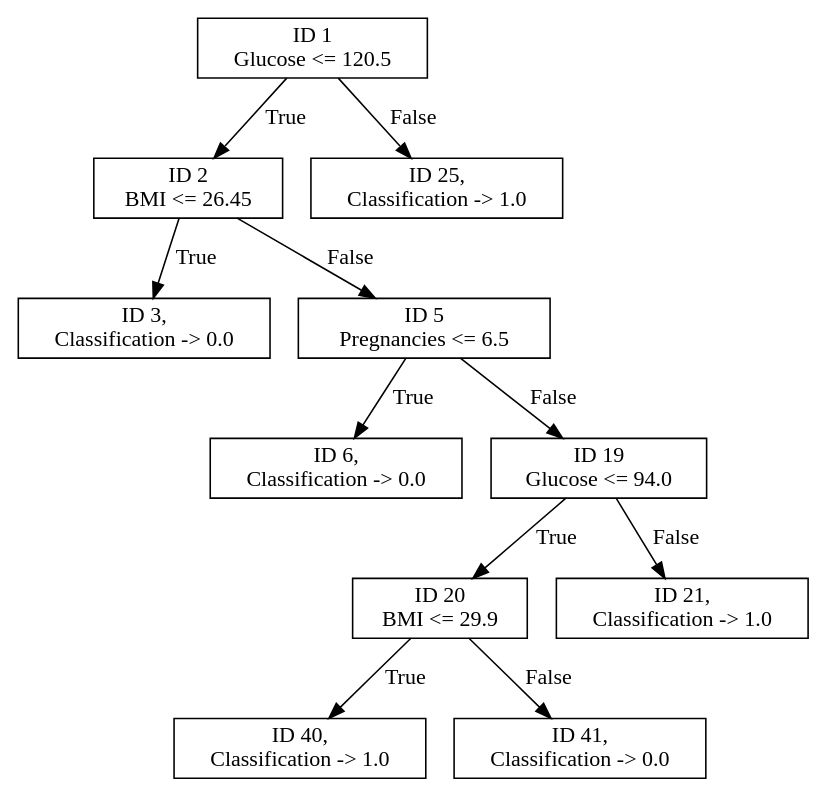
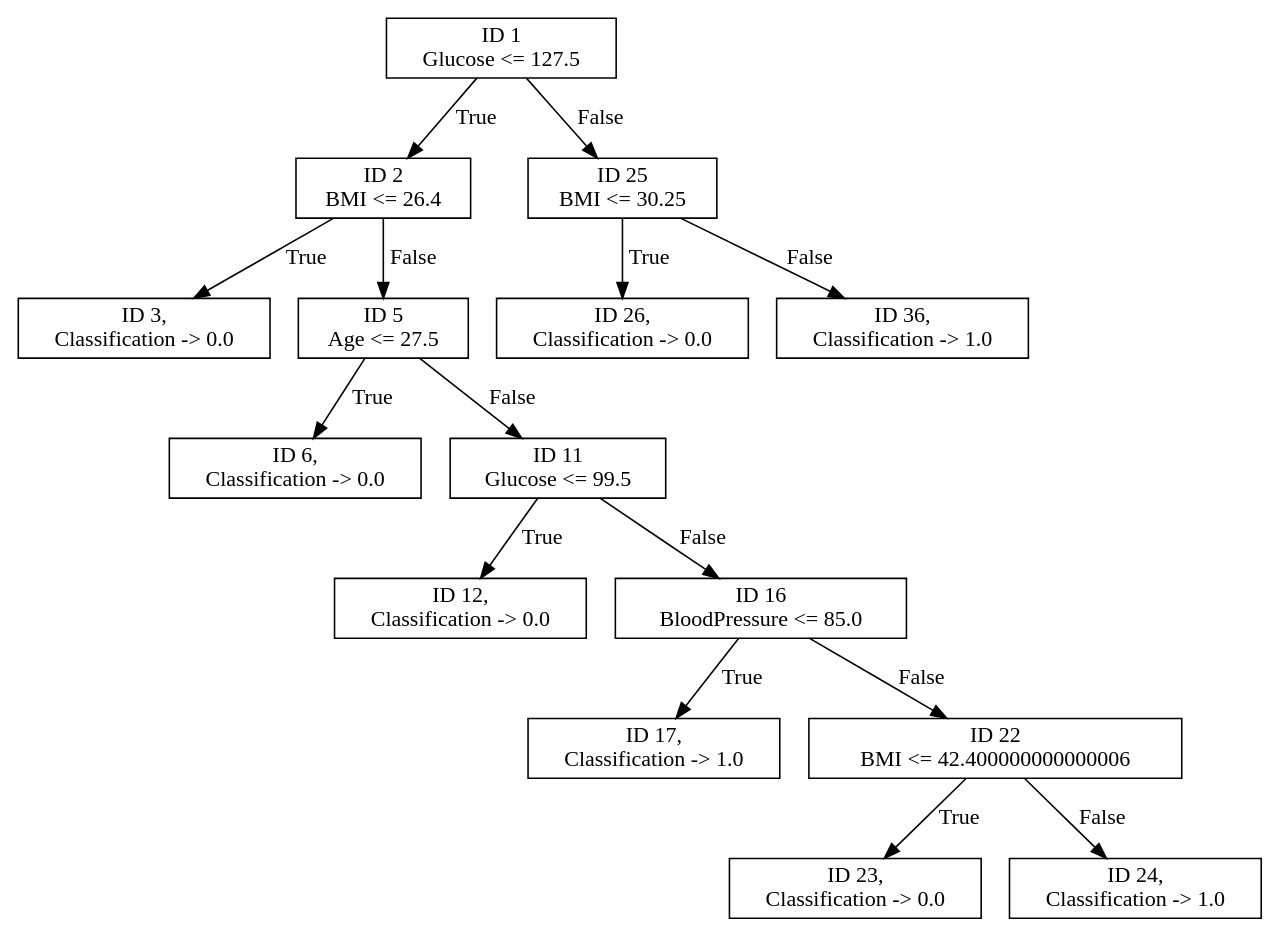
Before and after one commit to anime-sh/CS60050_Assignments: the diagram in Assign1/prunedDT.gv, drawn with Graphviz. The commit also changed 14 other files, not shown here.

```diff
--- a/Assign1/prunedDT.gv
+++ b/Assign1/prunedDT.gv
@@ -1,53 +1,73 @@
 digraph "Decision Tree" {
 	node [shape=rectangle]
 	"ID 1
-Glucose <= 120.5
+Glucose <= 127.5
 " -> "ID 2
-BMI <= 26.45
+BMI <= 26.4
 " [label=True]
 	"ID 1
-Glucose <= 120.5
-" -> "ID 25,
-Classification -> 1.0
+Glucose <= 127.5
+" -> "ID 25
+BMI <= 30.25
 " [label=False]
 	"ID 2
-BMI <= 26.45
+BMI <= 26.4
 " -> "ID 3,
 Classification -> 0.0
 " [label=True]
 	"ID 2
-BMI <= 26.45
+BMI <= 26.4
 " -> "ID 5
-Pregnancies <= 6.5
+Age <= 27.5
+" [label=False]
+	"ID 25
+BMI <= 30.25
+" -> "ID 26,
+Classification -> 0.0
+" [label=True]
+	"ID 25
+BMI <= 30.25
+" -> "ID 36,
+Classification -> 1.0
 " [label=False]
 	"ID 5
-Pregnancies <= 6.5
+Age <= 27.5
 " -> "ID 6,
 Classification -> 0.0
 " [label=True]
 	"ID 5
-Pregnancies <= 6.5
-" -> "ID 19
-Glucose <= 94.0
+Age <= 27.5
+" -> "ID 11
+Glucose <= 99.5
 " [label=False]
-	"ID 19
-Glucose <= 94.0
-" -> "ID 20
-BMI <= 29.9
+	"ID 11
+Glucose <= 99.5
+" -> "ID 12,
+Classification -> 0.0
 " [label=True]
-	"ID 19
-Glucose <= 94.0
-" -> "ID 21,
+	"ID 11
+Glucose <= 99.5
+" -> "ID 16
+BloodPressure <= 85.0
+" [label=False]
+	"ID 16
+BloodPressure <= 85.0
+" -> "ID 17,
+Classification -> 1.0
+" [label=True]
+	"ID 16
+BloodPressure <= 85.0
+" -> "ID 22
+BMI <= 42.400000000000006
+" [label=False]
+	"ID 22
+BMI <= 42.400000000000006
+" -> "ID 23,
+Classification -> 0.0
+" [label=True]
+	"ID 22
+BMI <= 42.400000000000006
+" -> "ID 24,
 Classification -> 1.0
 " [label=False]
-	"ID 20
-BMI <= 29.9
-" -> "ID 40,
-Classification -> 1.0
-" [label=True]
-	"ID 20
-BMI <= 29.9
-" -> "ID 41,
-Classification -> 0.0
-" [label=False]
 }
```
